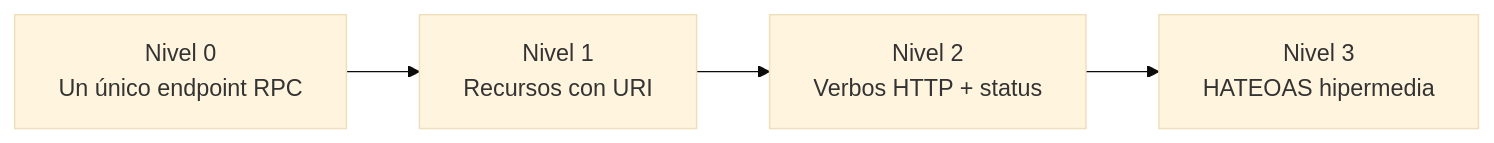
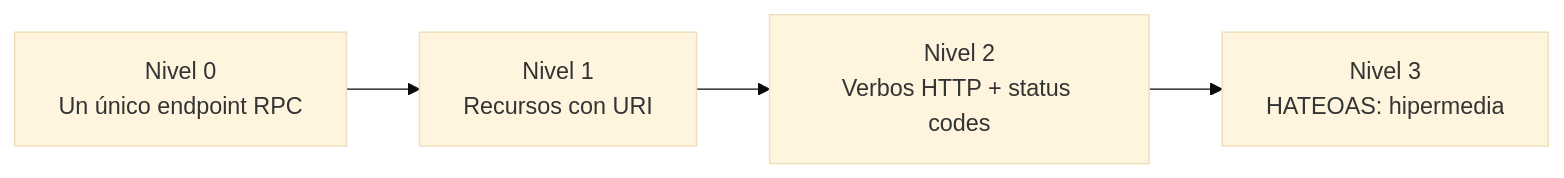
The fourth of 6 diagrams in Programación/Aprendizaje autodidacta/11_APIRESTMasterclass/teoria/00_Fundamentos_HTTP_Web.md (obiticadev/DAM-2025-26), drawn with Mermaid (base theme) before and after one commit. The commit also changed other lines of this file and 13 other files, not shown here.

````diff
--- a/Programación/Aprendizaje autodidacta/11_APIRESTMasterclass/teoria/00_Fundamentos_HTTP_Web.md
+++ b/Programación/Aprendizaje autodidacta/11_APIRESTMasterclass/teoria/00_Fundamentos_HTTP_Web.md
@@ -91,6 +386,6 @@
 ```mermaid
 flowchart LR
     L0[Nivel 0<br/>Un único endpoint RPC] --> L1[Nivel 1<br/>Recursos con URI]
-    L1 --> L2[Nivel 2<br/>Verbos HTTP + status]
-    L2 --> L3[Nivel 3<br/>HATEOAS hipermedia]
+    L1 --> L2[Nivel 2<br/>Verbos HTTP + status codes]
+    L2 --> L3[Nivel 3<br/>HATEOAS: hipermedia]
 ```
````
